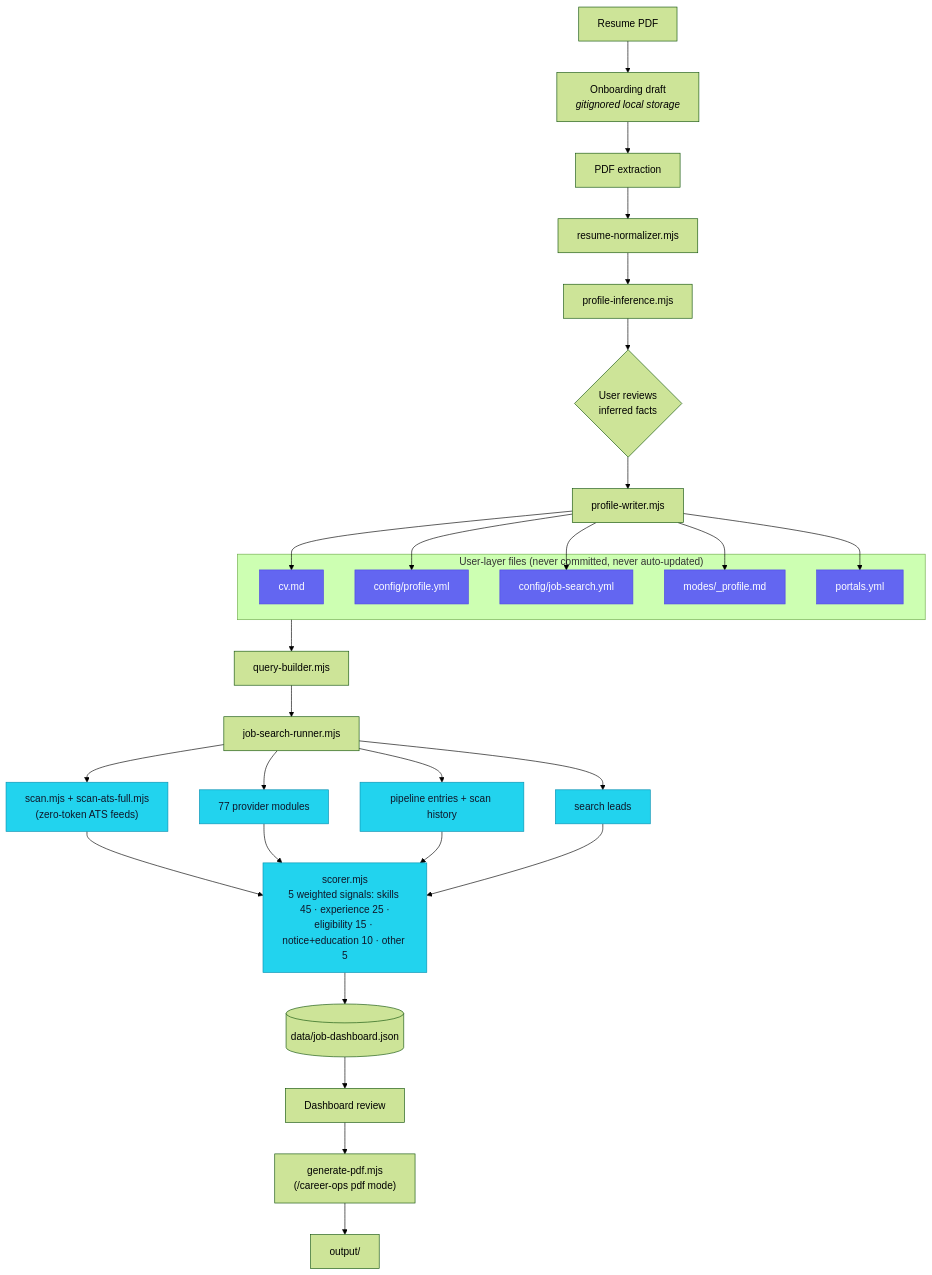
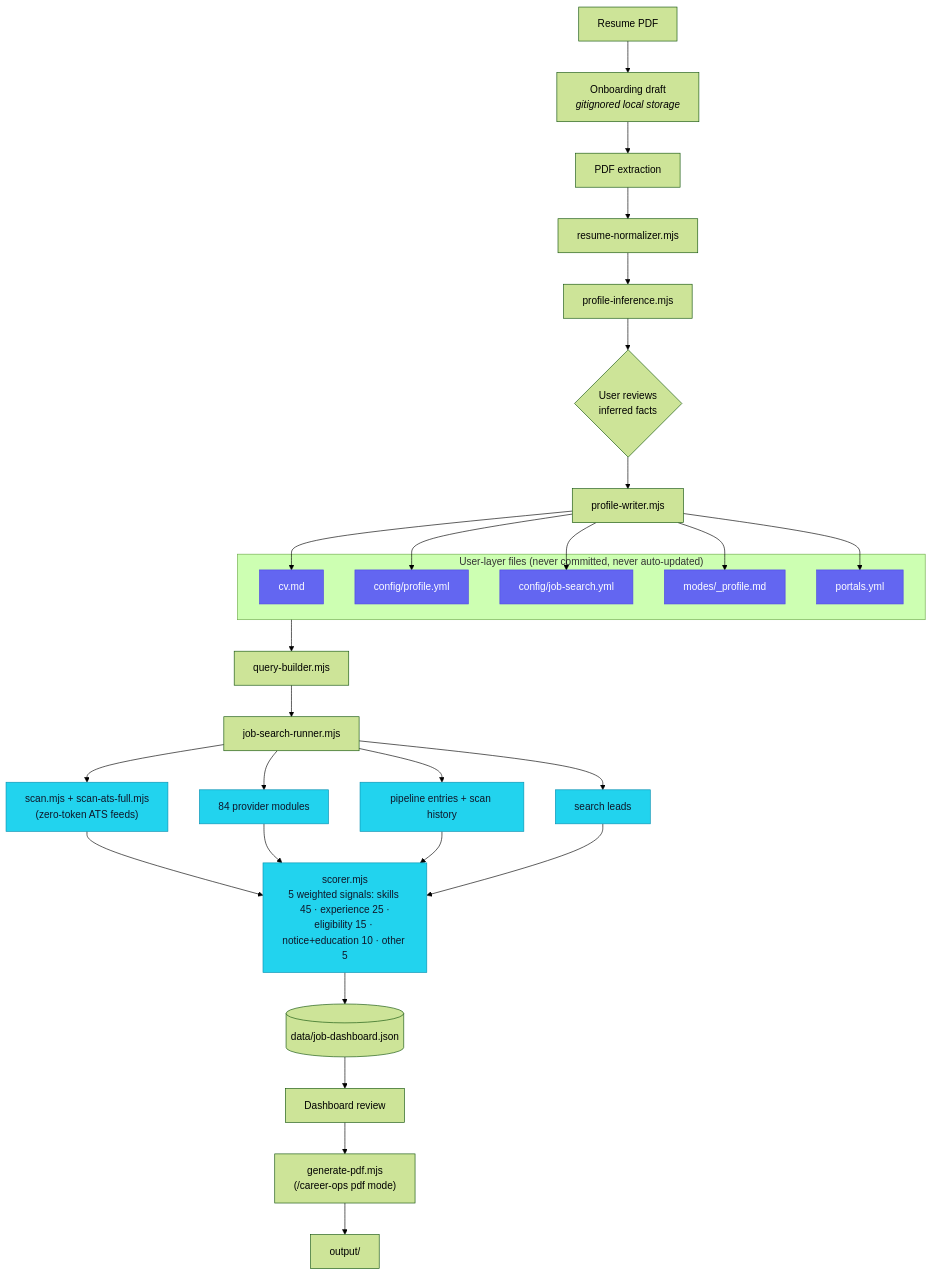
The diagram in README.md (darkpandawarrior/career-ops), drawn with Mermaid (forest theme) before and after one commit. The commit also changed other lines of this file and 3 other files, not shown here.

````diff
--- a/README.md
+++ b/README.md
@@ -284,46 +284,46 @@
 ```mermaid
 flowchart TD
     A[Resume PDF] --> B[Onboarding draft<br/><i>gitignored local storage</i>]
     B --> C[PDF extraction]
     C --> D[resume-normalizer.mjs]
     D --> E[profile-inference.mjs]
     E --> F{User reviews<br/>inferred facts}
     F --> G[profile-writer.mjs]
 
     G --> H1[cv.md]
     G --> H2[config/profile.yml]
     G --> H3[config/job-search.yml]
     G --> H4[modes/_profile.md]
     G --> H5[portals.yml]
 
     subgraph UL["User-layer files (never committed, never auto-updated)"]
         H1
         H2
         H3
         H4
         H5
     end
 
     UL --> I[query-builder.mjs]
     I --> J[job-search-runner.mjs]
 
     J --> K1["scan.mjs + scan-ats-full.mjs<br/>(zero-token ATS feeds)"]
-    J --> K2["77 provider modules"]
+    J --> K2["84 provider modules"]
     J --> K3["pipeline entries + scan history"]
     J --> K4["search leads"]
 
     K1 --> L["scorer.mjs<br/>5 weighted signals: skills 45 · experience 25 ·<br/>eligibility 15 · notice+education 10 · other 5"]
     K2 --> L
     K3 --> L
     K4 --> L
 
     L --> M[(data/job-dashboard.json)]
     M --> N[Dashboard review]
     N --> O["generate-pdf.mjs<br/>(/career-ops pdf mode)"]
     O --> P[output/]
 
     classDef userLayer fill:#6366f1,stroke:#4f46e5,color:#fff
     classDef engine fill:#22d3ee,stroke:#0891b2,color:#0f172a
     class H1,H2,H3,H4,H5 userLayer
     class K1,K2,K3,K4,L engine
 ```
````
